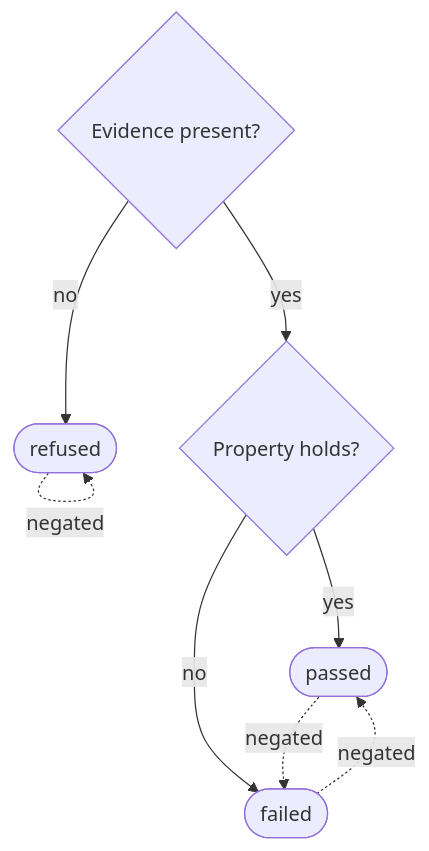
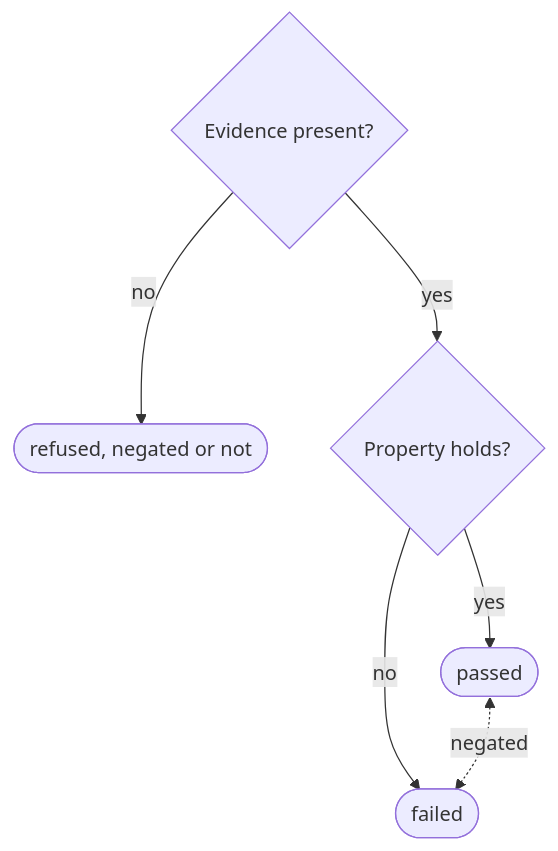
The second of 2 diagrams in docs-site/content/docs/how-it-works.mdx (taucad/geospec), drawn with Mermaid before and after one commit. The commit also changed other lines of this file and 10 other files, not shown here.

First line of the commit message:
docs(repo): Fit the API defaults, units and verdict chart to a phone

````diff
--- a/docs-site/content/docs/how-it-works.mdx
+++ b/docs-site/content/docs/how-it-works.mdx
@@ -63,10 +63,8 @@
 ```mermaid
 flowchart TD
-  A{Evidence present?} -->|no| R([refused])
+  A{Evidence present?} -->|no| R(["refused, negated or not"])
   A -->|yes| B{Property holds?}
   B -->|yes| P([passed])
   B -->|no| F([failed])
-  P -. negated .-> F
-  F -. negated .-> P
-  R -. negated .-> R
+  P <-. negated .-> F
 ```
````
